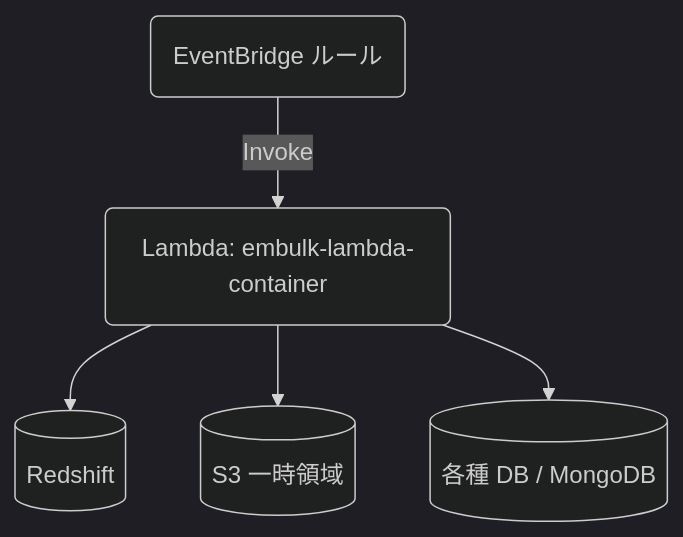
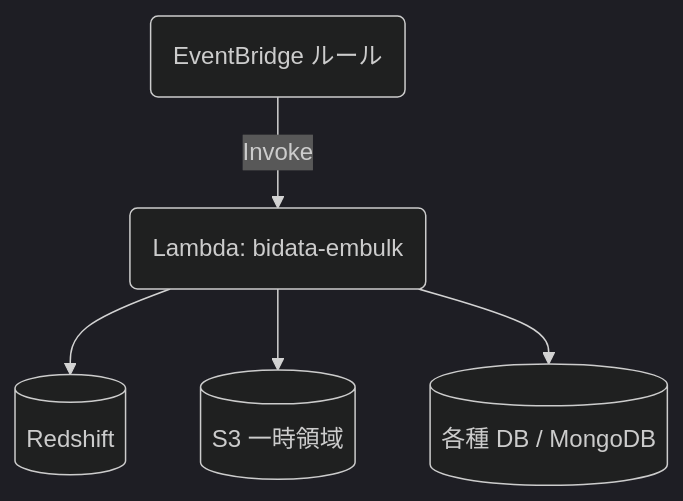
One commit to konan0802/bidata-embulk changed the diagram in article.md. Above: the diagram before and after it, drawn with Mermaid (dark theme). The commit also changed other lines of this file, not shown here.

````diff
--- a/article.md
+++ b/article.md
@@ -50,7 +50,7 @@
 ```mermaid
 flowchart TD
-  EB(EventBridge ルール) -->|Invoke| L(Lambda: embulk-lambda-container)
+  EB(EventBridge ルール) -->|Invoke| L(Lambda: bidata-embulk)
   L --> RS[(Redshift)]
   L --> S3[(S3  一時領域)]
   L --> DB[(各種 DB / MongoDB)]
 ```
````
